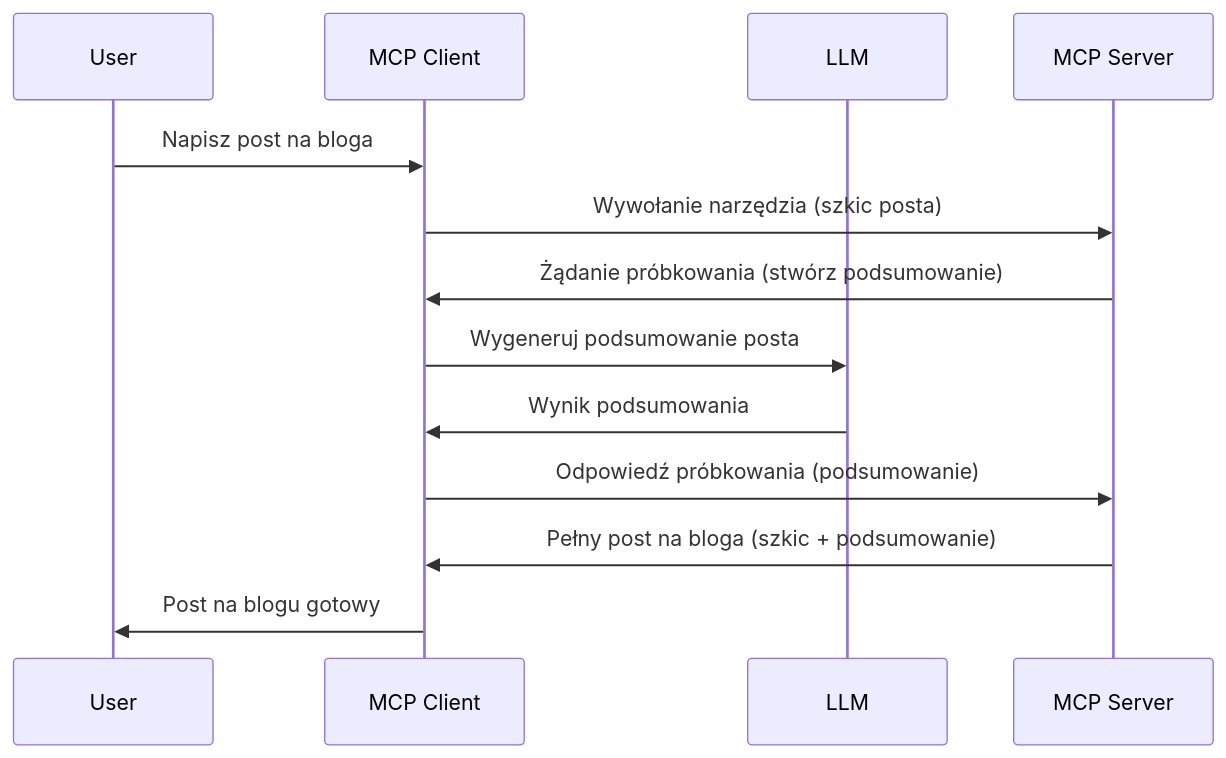
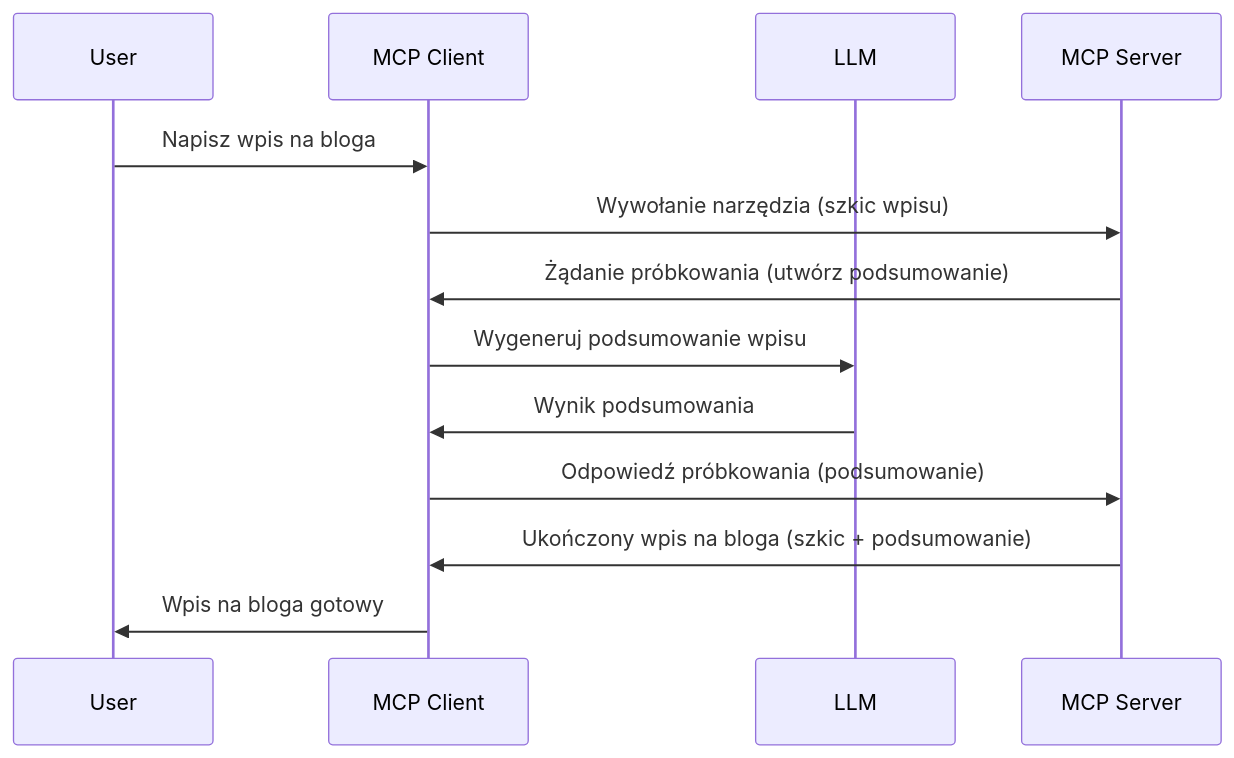
One commit to HIDORAKAI002/ai-workspace-archive changed the diagram in mcp_ecosystem__model_context_protocol/mcp_learning_resources/mcp-for-beginners/translations/pl/03-GettingStarted/14-sampling/README.md. Above: the diagram before and after it, drawn with Mermaid. The commit also changed other lines of this file and 1160 other files, not shown here.

````diff
--- a/mcp_ecosystem__model_context_protocol/mcp_learning_resources/mcp-for-beginners/translations/pl/03-GettingStarted/14-sampling/README.md
+++ b/mcp_ecosystem__model_context_protocol/mcp_learning_resources/mcp-for-beginners/translations/pl/03-GettingStarted/14-sampling/README.md
@@ -23,16 +23,16 @@
 ```mermaid
 sequenceDiagram
     participant User
     participant MCP Client
     participant LLM
     participant MCP Server
 
-    User->>MCP Client: Napisz post na bloga
-    MCP Client->>MCP Server: Wywołanie narzędzia (szkic posta)
-    MCP Server->>MCP Client: Żądanie próbkowania (stwórz podsumowanie)
-    MCP Client->>LLM: Wygeneruj podsumowanie posta
+    User->>MCP Client: Napisz wpis na bloga
+    MCP Client->>MCP Server: Wywołanie narzędzia (szkic wpisu)
+    MCP Server->>MCP Client: Żądanie próbkowania (utwórz podsumowanie)
+    MCP Client->>LLM: Wygeneruj podsumowanie wpisu
     LLM->>MCP Client: Wynik podsumowania
     MCP Client->>MCP Server: Odpowiedź próbkowania (podsumowanie)
-    MCP Server->>MCP Client: Pełny post na bloga (szkic + podsumowanie)
-    MCP Client->>User: Post na blogu gotowy
+    MCP Server->>MCP Client: Ukończony wpis na bloga (szkic + podsumowanie)
+    MCP Client->>User: Wpis na bloga gotowy
 ```
````
